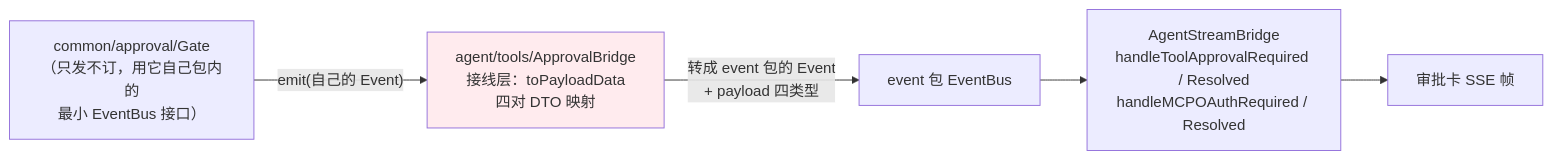
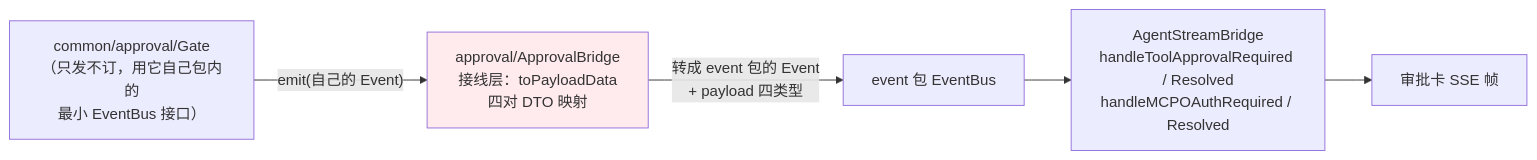
One commit to pmbilly/ragagent changed the fourth of 4 diagrams in docs/event-module-guide.md. Above: the diagram before and after it, drawn with Mermaid. The commit also changed other lines of this file and 2 other files, not shown here.

First line of the commit message:
docs(event): 修正搬迁后的旧路径引用（MCP 族 → mcp/tools、ApprovalBridge → approval）

````diff
--- a/docs/event-module-guide.md
+++ b/docs/event-module-guide.md
@@ -195,9 +195,9 @@
 ```mermaid
 flowchart LR
-    G["common/approval/Gate<br/>（只发不订，用它自己包内的<br/>最小 EventBus 接口）"] -->|"emit(自己的 Event)"| AB["agent/tools/ApprovalBridge<br/>接线层：toPayloadData<br/>四对 DTO 映射"]
+    G["common/approval/Gate<br/>（只发不订，用它自己包内的<br/>最小 EventBus 接口）"] -->|"emit(自己的 Event)"| AB["approval/ApprovalBridge<br/>接线层：toPayloadData<br/>四对 DTO 映射"]
     AB -->|"转成 event 包的 Event<br/>+ payload 四类型"| BUS["event 包 EventBus"]
     BUS --> ASB["AgentStreamBridge<br/>handleToolApprovalRequired / Resolved<br/>handleMCPOAuthRequired / Resolved"]
     ASB --> SSE["审批卡 SSE 帧"]
 
     style AB fill:#ffebee
 ```
````
